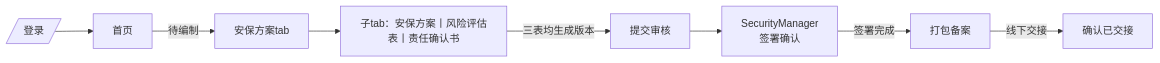
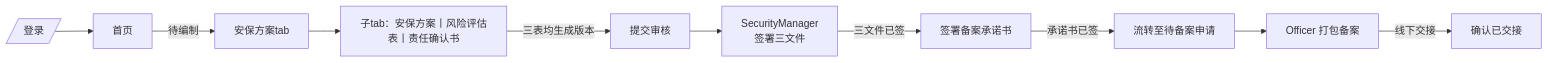
One commit to VasantLong/camis2026 changed the seventh of 8 diagrams in docs/frontend.md. Above: the diagram before and after it, drawn with Mermaid. The commit also changed other lines of this file and 46 other files, not shown here.

````diff
--- a/docs/frontend.md
+++ b/docs/frontend.md
@@ -413,10 +452,12 @@
 ```mermaid
 flowchart LR
     Login[/登录/] --> Home[首页]
     Home --> |"待编制"| Draft[安保方案tab]
     Draft --> SubTabs[子tab：安保方案丨风险评估表丨责任确认书]
     SubTabs --> |三表均生成版本| Submit[提交审核]
-    Submit --> Sign[SecurityManager<br/>签署确认]
-    Sign --> |签署完成| Pack[打包备案]
+    Submit --> Sign[SecurityManager<br/>签署三文件]
+    Sign --> |三文件已签| Commit[签署备案承诺书]
+    Commit --> |承诺书已签| Transition[流转至待备案申请]
+    Transition --> Pack[Officer 打包备案]
     Pack --> |线下交接| Handover[确认已交接]
 ```
````
